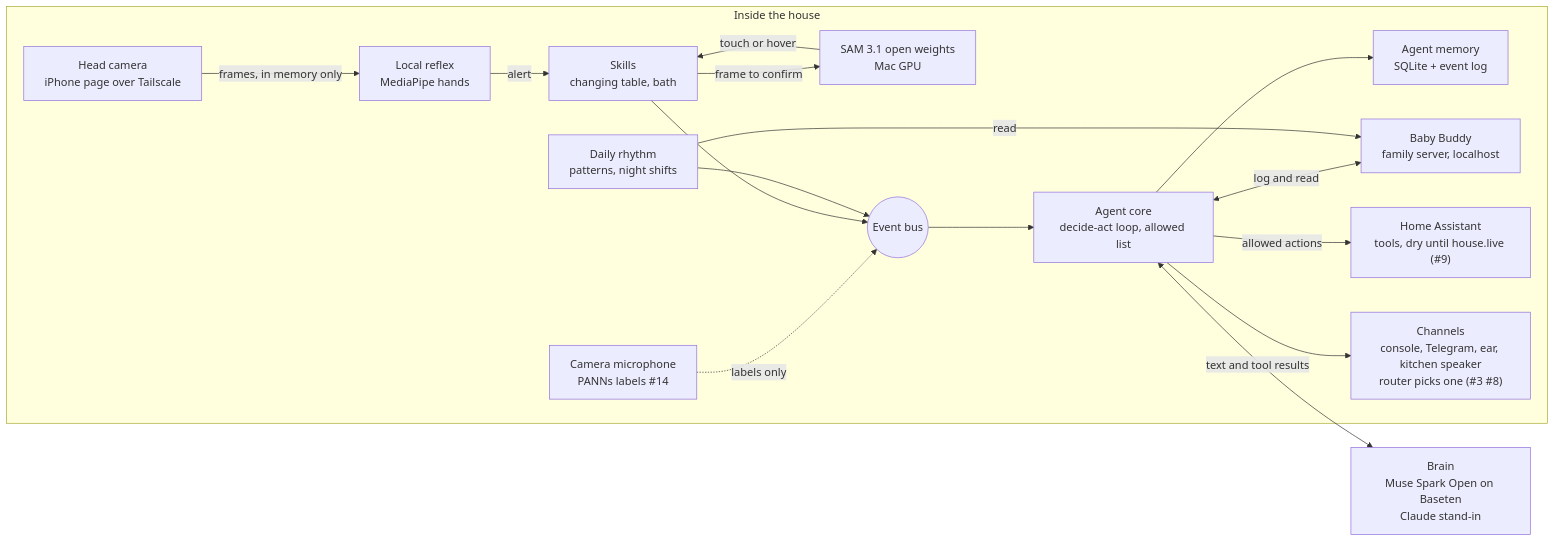
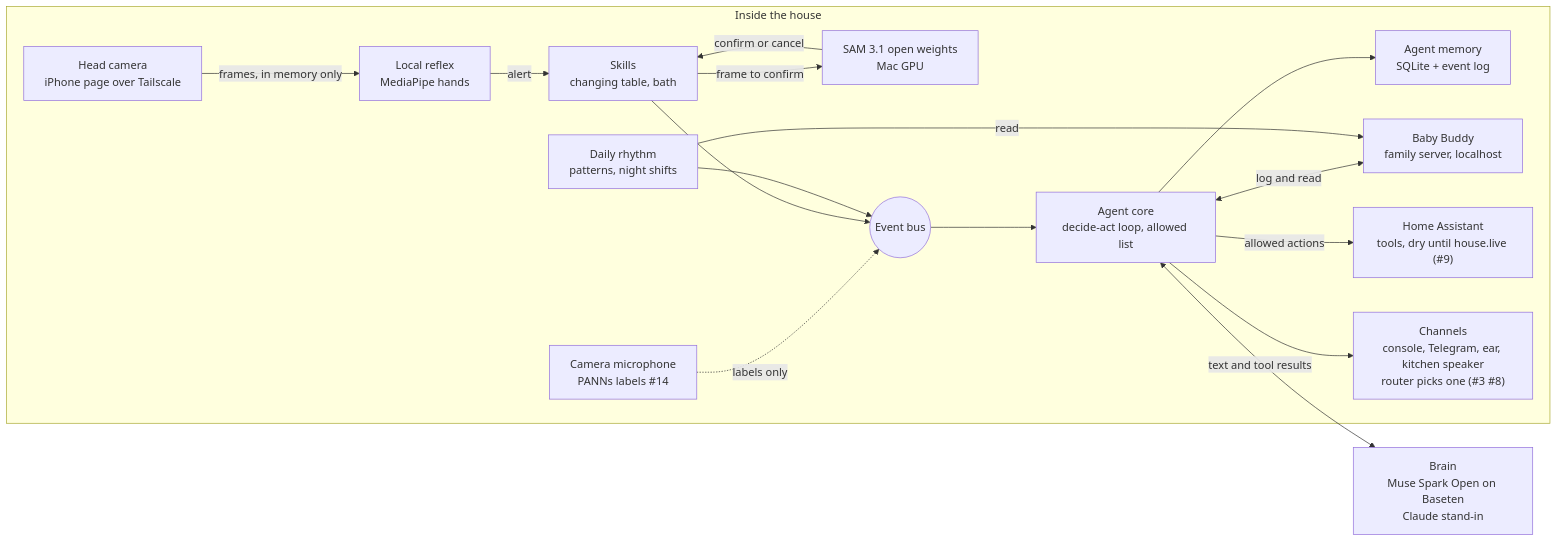
One commit to gonzalomelov/theos-house changed the diagram in docs/architecture.md. Above: the diagram before and after it, drawn with Mermaid. The commit also changed other lines of this file and 13 other files, not shown here.

First line of the commit message:
feat(skills): touch versus hover ablation, reflex only against SAM 3.1 (#6, #10)

````diff
--- a/docs/architecture.md
+++ b/docs/architecture.md
@@ -5,33 +5,33 @@
 ```mermaid
 flowchart LR
   subgraph House["Inside the house"]
     cam["Head camera<br/>iPhone page over Tailscale"]
     mic["Camera microphone<br/>PANNs labels #14"]
     reflex["Local reflex<br/>MediaPipe hands"]
     sam["SAM 3.1 open weights<br/>Mac GPU"]
     bus(("Event bus"))
     core["Agent core<br/>decide-act loop, allowed list"]
     mem["Agent memory<br/>SQLite + event log"]
     bb["Baby Buddy<br/>family server, localhost"]
     rhythm["Daily rhythm<br/>patterns, night shifts"]
     skills["Skills<br/>changing table, bath"]
     ha["Home Assistant<br/>tools, dry until house.live (#9)"]
     chan["Channels<br/>console, Telegram, ear, kitchen speaker<br/>router picks one (#3 #8)"]
   end
   brain["Brain<br/>Muse Spark Open on Baseten<br/>Claude stand-in"]
 
   cam -->|frames, in memory only| reflex
   reflex -->|alert| skills
   skills -->|frame to confirm| sam
-  sam -->|touch or hover| skills
+  sam -->|confirm or cancel| skills
   mic -.->|labels only| bus
   skills --> bus
   rhythm --> bus
   bus --> core
   core <-->|text and tool results| brain
   core --> mem
   core <-->|log and read| bb
   rhythm -->|read| bb
   core -->|allowed actions| ha
   core --> chan
 ```
````
